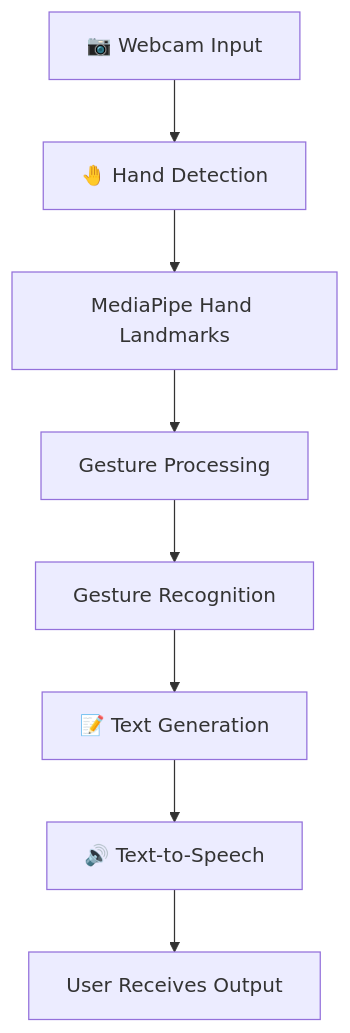
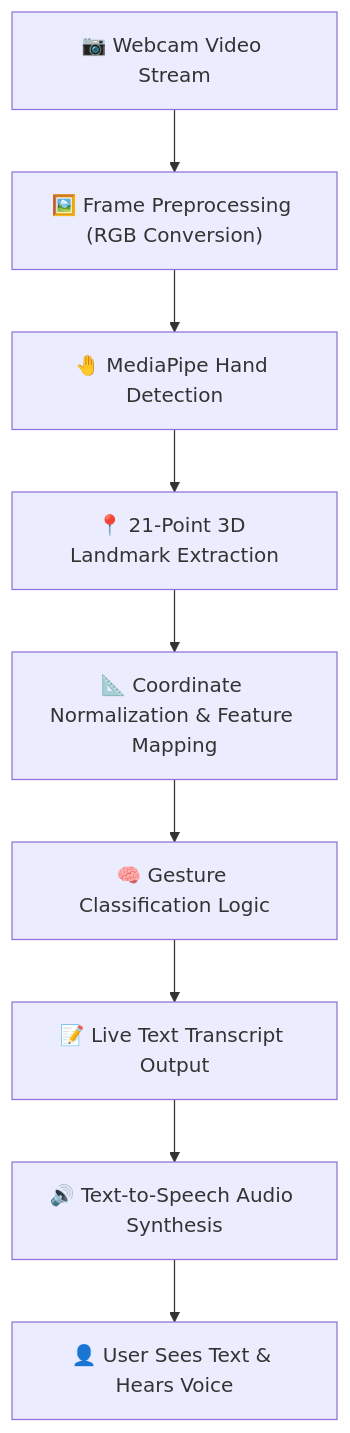
Before and after one commit to suryaprakashs0629/Sign-Language-To-Voice-Text-Conversion: the diagram in README.md, drawn with Mermaid. The commit also changed other lines of this file, not shown here.

````diff
--- a/README.md
+++ b/README.md
@@ -134,10 +116,11 @@
 ```mermaid
 flowchart TD
-    A["📷 Webcam Input"] --> B["🤚 Hand Detection"]
-    B --> C["MediaPipe Hand Landmarks"]
-    C --> D["Gesture Processing"]
-    D --> E["Gesture Recognition"]
-    E --> F["📝 Text Generation"]
-    F --> G["🔊 Text-to-Speech"]
-    G --> H["User Receives Output"]
+    A["📷 Webcam Video Stream"] --> B["🖼️ Frame Preprocessing (RGB Conversion)"]
+    B --> C["🤚 MediaPipe Hand Detection"]
+    C --> D["📍 21-Point 3D Landmark Extraction"]
+    D --> E["📐 Coordinate Normalization & Feature Mapping"]
+    E --> F["🧠 Gesture Classification Logic"]
+    F --> G["📝 Live Text Transcript Output"]
+    G --> H["🔊 Text-to-Speech Audio Synthesis"]
+    H --> I["👤 User Sees Text & Hears Voice"]
 ```
````
